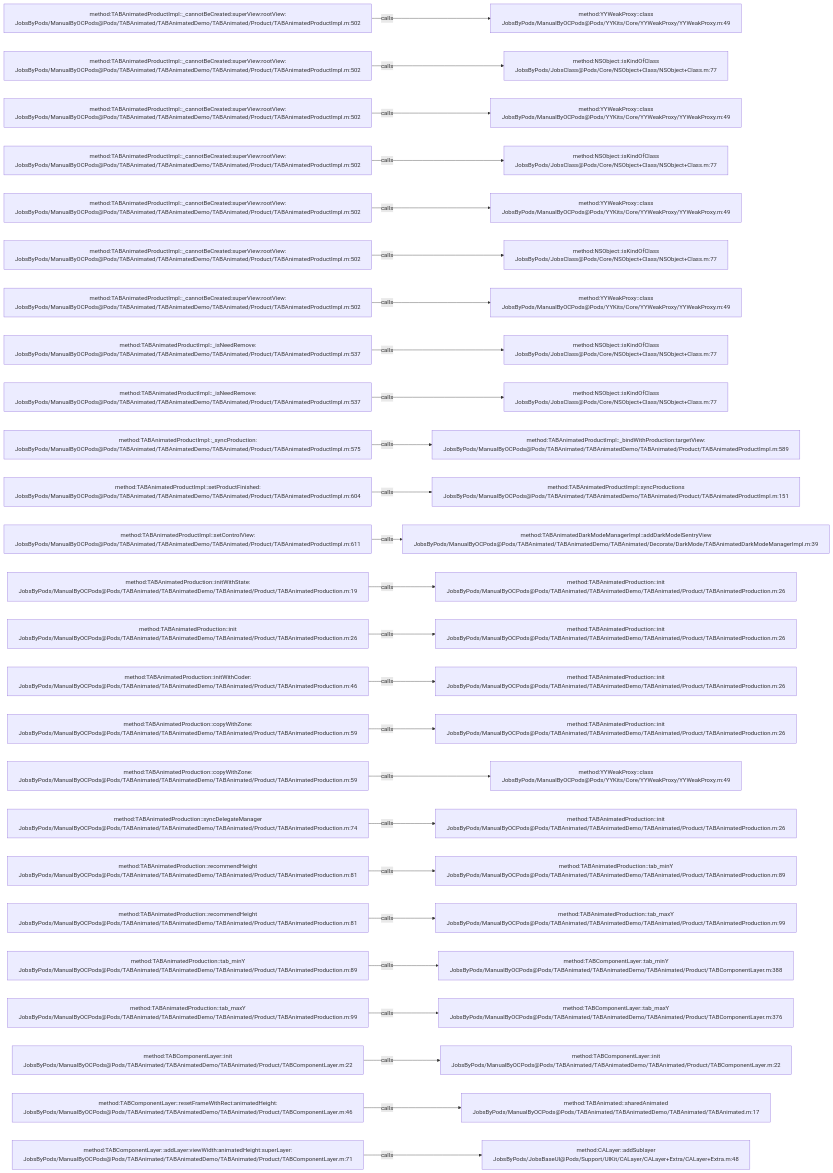
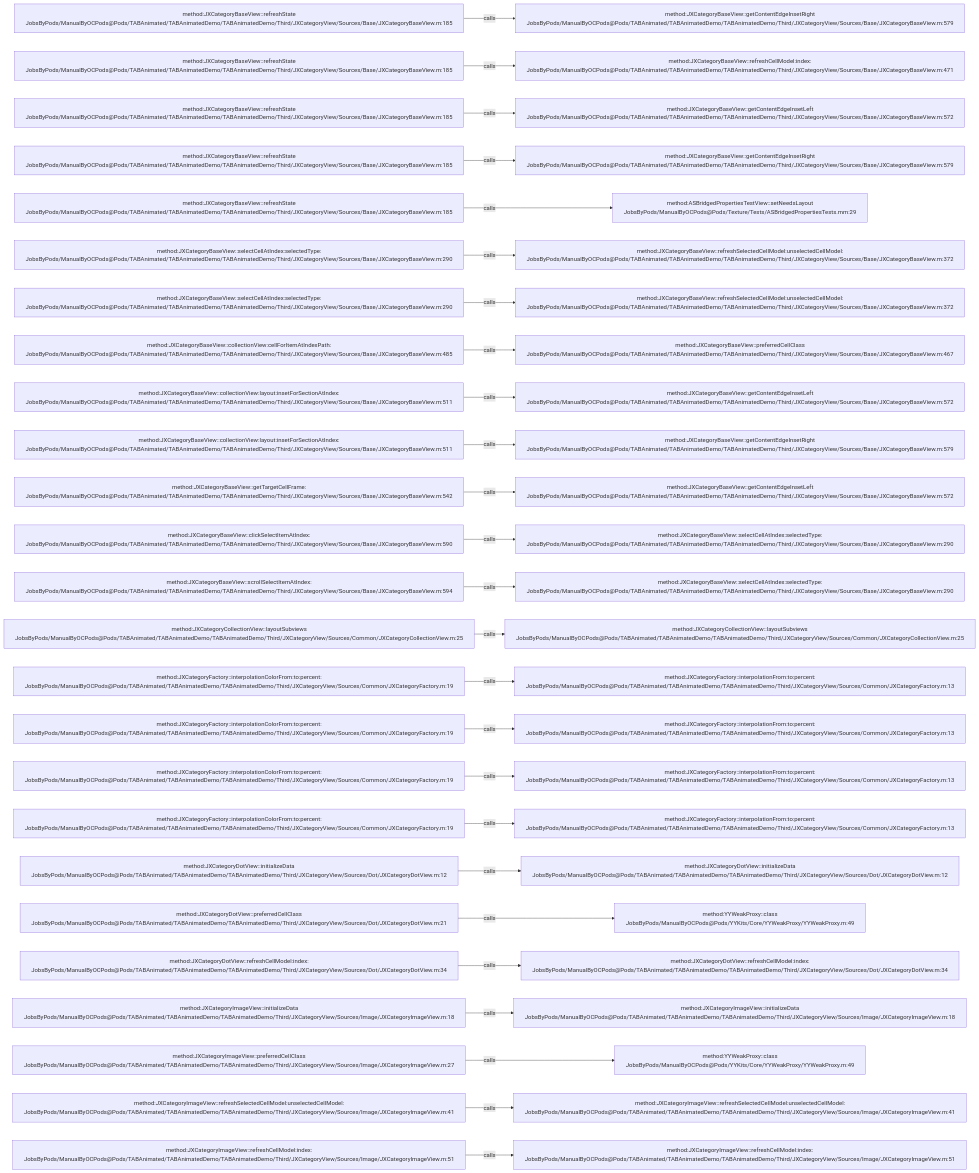
Before and after one commit to JobsKits/JobsOCBaseConfigDemo: the diagram in .codegraph/codegraph.md/graphs/calls-029.md, drawn with Mermaid. The commit also changed 2723 other files, not shown here.

````diff
--- a/.codegraph/codegraph.md/graphs/calls-029.md
+++ b/.codegraph/codegraph.md/graphs/calls-029.md
@@ -13,78 +13,78 @@
 ```mermaid
 flowchart LR
-  S1["method:TABAnimatedProductImpl::_cannotBeCreated:superView:rootView:<br/>JobsByPods/ManualByOCPods@Pods/TABAnimated/TABAnimatedDemo/TABAnimated/Product/TABAnimatedProductImpl.m:502"]
-  T1["method:YYWeakProxy::class<br/>JobsByPods/ManualByOCPods@Pods/YYKits/Core/YYWeakProxy/YYWeakProxy.m:49"]
+  S1["method:JXCategoryBaseView::refreshState<br/>JobsByPods/ManualByOCPods@Pods/TABAnimated/TABAnimatedDemo/TABAnimatedDemo/Third/JXCategoryView/Sources/Base/JXCategoryBaseView.m:185"]
+  T1["method:JXCategoryBaseView::getContentEdgeInsetRight<br/>JobsByPods/ManualByOCPods@Pods/TABAnimated/TABAnimatedDemo/TABAnimatedDemo/Third/JXCategoryView/Sources/Base/JXCategoryBaseView.m:579"]
   S1 -->|calls| T1
-  S2["method:TABAnimatedProductImpl::_cannotBeCreated:superView:rootView:<br/>JobsByPods/ManualByOCPods@Pods/TABAnimated/TABAnimatedDemo/TABAnimated/Product/TABAnimatedProductImpl.m:502"]
-  T2["method:NSObject::isKindOfClass<br/>JobsByPods/JobsClass@Pods/Core/NSObject+Class/NSObject+Class.m:77"]
+  S2["method:JXCategoryBaseView::refreshState<br/>JobsByPods/ManualByOCPods@Pods/TABAnimated/TABAnimatedDemo/TABAnimatedDemo/Third/JXCategoryView/Sources/Base/JXCategoryBaseView.m:185"]
+  T2["method:JXCategoryBaseView::refreshCellModel:index:<br/>JobsByPods/ManualByOCPods@Pods/TABAnimated/TABAnimatedDemo/TABAnimatedDemo/Third/JXCategoryView/Sources/Base/JXCategoryBaseView.m:471"]
   S2 -->|calls| T2
-  S3["method:TABAnimatedProductImpl::_cannotBeCreated:superView:rootView:<br/>JobsByPods/ManualByOCPods@Pods/TABAnimated/TABAnimatedDemo/TABAnimated/Product/TABAnimatedProductImpl.m:502"]
-  T3["method:YYWeakProxy::class<br/>JobsByPods/ManualByOCPods@Pods/YYKits/Core/YYWeakProxy/YYWeakProxy.m:49"]
+  S3["method:JXCategoryBaseView::refreshState<br/>JobsByPods/ManualByOCPods@Pods/TABAnimated/TABAnimatedDemo/TABAnimatedDemo/Third/JXCategoryView/Sources/Base/JXCategoryBaseView.m:185"]
+  T3["method:JXCategoryBaseView::getContentEdgeInsetLeft<br/>JobsByPods/ManualByOCPods@Pods/TABAnimated/TABAnimatedDemo/TABAnimatedDemo/Third/JXCategoryView/Sources/Base/JXCategoryBaseView.m:572"]
   S3 -->|calls| T3
-  S4["method:TABAnimatedProductImpl::_cannotBeCreated:superView:rootView:<br/>JobsByPods/ManualByOCPods@Pods/TABAnimated/TABAnimatedDemo/TABAnimated/Product/TABAnimatedProductImpl.m:502"]
-  T4["method:NSObject::isKindOfClass<br/>JobsByPods/JobsClass@Pods/Core/NSObject+Class/NSObject+Class.m:77"]
+  S4["method:JXCategoryBaseView::refreshState<br/>JobsByPods/ManualByOCPods@Pods/TABAnimated/TABAnimatedDemo/TABAnimatedDemo/Third/JXCategoryView/Sources/Base/JXCategoryBaseView.m:185"]
+  T4["method:JXCategoryBaseView::getContentEdgeInsetRight<br/>JobsByPods/ManualByOCPods@Pods/TABAnimated/TABAnimatedDemo/TABAnimatedDemo/Third/JXCategoryView/Sources/Base/JXCategoryBaseView.m:579"]
   S4 -->|calls| T4
-  S5["method:TABAnimatedProductImpl::_cannotBeCreated:superView:rootView:<br/>JobsByPods/ManualByOCPods@Pods/TABAnimated/TABAnimatedDemo/TABAnimated/Product/TABAnimatedProductImpl.m:502"]
-  T5["method:YYWeakProxy::class<br/>JobsByPods/ManualByOCPods@Pods/YYKits/Core/YYWeakProxy/YYWeakProxy.m:49"]
+  S5["method:JXCategoryBaseView::refreshState<br/>JobsByPods/ManualByOCPods@Pods/TABAnimated/TABAnimatedDemo/TABAnimatedDemo/Third/JXCategoryView/Sources/Base/JXCategoryBaseView.m:185"]
+  T5["method:ASBridgedPropertiesTestView::setNeedsLayout<br/>JobsByPods/ManualByOCPods@Pods/Texture/Tests/ASBridgedPropertiesTests.mm:29"]
   S5 -->|calls| T5
-  S6["method:TABAnimatedProductImpl::_cannotBeCreated:superView:rootView:<br/>JobsByPods/ManualByOCPods@Pods/TABAnimated/TABAnimatedDemo/TABAnimated/Product/TABAnimatedProductImpl.m:502"]
-  T6["method:NSObject::isKindOfClass<br/>JobsByPods/JobsClass@Pods/Core/NSObject+Class/NSObject+Class.m:77"]
+  S6["method:JXCategoryBaseView::selectCellAtIndex:selectedType:<br/>JobsByPods/ManualByOCPods@Pods/TABAnimated/TABAnimatedDemo/TABAnimatedDemo/Third/JXCategoryView/Sources/Base/JXCategoryBaseView.m:290"]
+  T6["method:JXCategoryBaseView::refreshSelectedCellModel:unselectedCellModel:<br/>JobsByPods/ManualByOCPods@Pods/TABAnimated/TABAnimatedDemo/TABAnimatedDemo/Third/JXCategoryView/Sources/Base/JXCategoryBaseView.m:372"]
   S6 -->|calls| T6
-  S7["method:TABAnimatedProductImpl::_cannotBeCreated:superView:rootView:<br/>JobsByPods/ManualByOCPods@Pods/TABAnimated/TABAnimatedDemo/TABAnimated/Product/TABAnimatedProductImpl.m:502"]
-  T7["method:YYWeakProxy::class<br/>JobsByPods/ManualByOCPods@Pods/YYKits/Core/YYWeakProxy/YYWeakProxy.m:49"]
+  S7["method:JXCategoryBaseView::selectCellAtIndex:selectedType:<br/>JobsByPods/ManualByOCPods@Pods/TABAnimated/TABAnimatedDemo/TABAnimatedDemo/Third/JXCategoryView/Sources/Base/JXCategoryBaseView.m:290"]
+  T7["method:JXCategoryBaseView::refreshSelectedCellModel:unselectedCellModel:<br/>JobsByPods/ManualByOCPods@Pods/TABAnimated/TABAnimatedDemo/TABAnimatedDemo/Third/JXCategoryView/Sources/Base/JXCategoryBaseView.m:372"]
   S7 -->|calls| T7
-  S8["method:TABAnimatedProductImpl::_isNeedRemove:<br/>JobsByPods/ManualByOCPods@Pods/TABAnimated/TABAnimatedDemo/TABAnimated/Product/TABAnimatedProductImpl.m:537"]
-  T8["method:NSObject::isKindOfClass<br/>JobsByPods/JobsClass@Pods/Core/NSObject+Class/NSObject+Class.m:77"]
+  S8["method:JXCategoryBaseView::collectionView:cellForItemAtIndexPath:<br/>JobsByPods/ManualByOCPods@Pods/TABAnimated/TABAnimatedDemo/TABAnimatedDemo/Third/JXCategoryView/Sources/Base/JXCategoryBaseView.m:485"]
+  T8["method:JXCategoryBaseView::preferredCellClass<br/>JobsByPods/ManualByOCPods@Pods/TABAnimated/TABAnimatedDemo/TABAnimatedDemo/Third/JXCategoryView/Sources/Base/JXCategoryBaseView.m:467"]
   S8 -->|calls| T8
-  S9["method:TABAnimatedProductImpl::_isNeedRemove:<br/>JobsByPods/ManualByOCPods@Pods/TABAnimated/TABAnimatedDemo/TABAnimated/Product/TABAnimatedProductImpl.m:537"]
-  T9["method:NSObject::isKindOfClass<br/>JobsByPods/JobsClass@Pods/Core/NSObject+Class/NSObject+Class.m:77"]
+  S9["method:JXCategoryBaseView::collectionView:layout:insetForSectionAtIndex:<br/>JobsByPods/ManualByOCPods@Pods/TABAnimated/TABAnimatedDemo/TABAnimatedDemo/Third/JXCategoryView/Sources/Base/JXCategoryBaseView.m:511"]
+  T9["method:JXCategoryBaseView::getContentEdgeInsetLeft<br/>JobsByPods/ManualByOCPods@Pods/TABAnimated/TABAnimatedDemo/TABAnimatedDemo/Third/JXCategoryView/Sources/Base/JXCategoryBaseView.m:572"]
   S9 -->|calls| T9
-  S10["method:TABAnimatedProductImpl::_syncProduction:<br/>JobsByPods/ManualByOCPods@Pods/TABAnimated/TABAnimatedDemo/TABAnimated/Product/TABAnimatedProductImpl.m:575"]
-  T10["method:TABAnimatedProductImpl::_bindWithProduction:targetView:<br/>JobsByPods/ManualByOCPods@Pods/TABAnimated/TABAnimatedDemo/TABAnimated/Product/TABAnimatedProductImpl.m:589"]
+  S10["method:JXCategoryBaseView::collectionView:layout:insetForSectionAtIndex:<br/>JobsByPods/ManualByOCPods@Pods/TABAnimated/TABAnimatedDemo/TABAnimatedDemo/Third/JXCategoryView/Sources/Base/JXCategoryBaseView.m:511"]
+  T10["method:JXCategoryBaseView::getContentEdgeInsetRight<br/>JobsByPods/ManualByOCPods@Pods/TABAnimated/TABAnimatedDemo/TABAnimatedDemo/Third/JXCategoryView/Sources/Base/JXCategoryBaseView.m:579"]
   S10 -->|calls| T10
-  S11["method:TABAnimatedProductImpl::setProductFinished:<br/>JobsByPods/ManualByOCPods@Pods/TABAnimated/TABAnimatedDemo/TABAnimated/Product/TABAnimatedProductImpl.m:604"]
-  T11["method:TABAnimatedProductImpl::syncProductions<br/>JobsByPods/ManualByOCPods@Pods/TABAnimated/TABAnimatedDemo/TABAnimated/Product/TABAnimatedProductImpl.m:151"]
+  S11["method:JXCategoryBaseView::getTargetCellFrame:<br/>JobsByPods/ManualByOCPods@Pods/TABAnimated/TABAnimatedDemo/TABAnimatedDemo/Third/JXCategoryView/Sources/Base/JXCategoryBaseView.m:542"]
+  T11["method:JXCategoryBaseView::getContentEdgeInsetLeft<br/>JobsByPods/ManualByOCPods@Pods/TABAnimated/TABAnimatedDemo/TABAnimatedDemo/Third/JXCategoryView/Sources/Base/JXCategoryBaseView.m:572"]
   S11 -->|calls| T11
-  S12["method:TABAnimatedProductImpl::setControlView:<br/>JobsByPods/ManualByOCPods@Pods/TABAnimated/TABAnimatedDemo/TABAnimated/Product/TABAnimatedProductImpl.m:611"]
-  T12["method:TABAnimatedDarkModeManagerImpl::addDarkModelSentryView<br/>JobsByPods/ManualByOCPods@Pods/TABAnimated/TABAnimatedDemo/TABAnimated/Decorate/DarkMode/TABAnimatedDarkModeManagerImpl.m:39"]
+  S12["method:JXCategoryBaseView::clickSelectItemAtIndex:<br/>JobsByPods/ManualByOCPods@Pods/TABAnimated/TABAnimatedDemo/TABAnimatedDemo/Third/JXCategoryView/Sources/Base/JXCategoryBaseView.m:590"]
+  T12["method:JXCategoryBaseView::selectCellAtIndex:selectedType:<br/>JobsByPods/ManualByOCPods@Pods/TABAnimated/TABAnimatedDemo/TABAnimatedDemo/Third/JXCategoryView/Sources/Base/JXCategoryBaseView.m:290"]
   S12 -->|calls| T12
-  S13["method:TABAnimatedProduction::initWithState:<br/>JobsByPods/ManualByOCPods@Pods/TABAnimated/TABAnimatedDemo/TABAnimated/Product/TABAnimatedProduction.m:19"]
-  T13["method:TABAnimatedProduction::init<br/>JobsByPods/ManualByOCPods@Pods/TABAnimated/TABAnimatedDemo/TABAnimated/Product/TABAnimatedProduction.m:26"]
+  S13["method:JXCategoryBaseView::scrollSelectItemAtIndex:<br/>JobsByPods/ManualByOCPods@Pods/TABAnimated/TABAnimatedDemo/TABAnimatedDemo/Third/JXCategoryView/Sources/Base/JXCategoryBaseView.m:594"]
+  T13["method:JXCategoryBaseView::selectCellAtIndex:selectedType:<br/>JobsByPods/ManualByOCPods@Pods/TABAnimated/TABAnimatedDemo/TABAnimatedDemo/Third/JXCategoryView/Sources/Base/JXCategoryBaseView.m:290"]
   S13 -->|calls| T13
-  S14["method:TABAnimatedProduction::init<br/>JobsByPods/ManualByOCPods@Pods/TABAnimated/TABAnimatedDemo/TABAnimated/Product/TABAnimatedProduction.m:26"]
-  T14["method:TABAnimatedProduction::init<br/>JobsByPods/ManualByOCPods@Pods/TABAnimated/TABAnimatedDemo/TABAnimated/Product/TABAnimatedProduction.m:26"]
+  S14["method:JXCategoryCollectionView::layoutSubviews<br/>JobsByPods/ManualByOCPods@Pods/TABAnimated/TABAnimatedDemo/TABAnimatedDemo/Third/JXCategoryView/Sources/Common/JXCategoryCollectionView.m:25"]
+  T14["method:JXCategoryCollectionView::layoutSubviews<br/>JobsByPods/ManualByOCPods@Pods/TABAnimated/TABAnimatedDemo/TABAnimatedDemo/Third/JXCategoryView/Sources/Common/JXCategoryCollectionView.m:25"]
   S14 -->|calls| T14
-  S15["method:TABAnimatedProduction::initWithCoder:<br/>JobsByPods/ManualByOCPods@Pods/TABAnimated/TABAnimatedDemo/TABAnimated/Product/TABAnimatedProduction.m:46"]
-  T15["method:TABAnimatedProduction::init<br/>JobsByPods/ManualByOCPods@Pods/TABAnimated/TABAnimatedDemo/TABAnimated/Product/TABAnimatedProduction.m:26"]
+  S15["method:JXCategoryFactory::interpolationColorFrom:to:percent:<br/>JobsByPods/ManualByOCPods@Pods/TABAnimated/TABAnimatedDemo/TABAnimatedDemo/Third/JXCategoryView/Sources/Common/JXCategoryFactory.m:19"]
+  T15["method:JXCategoryFactory::interpolationFrom:to:percent:<br/>JobsByPods/ManualByOCPods@Pods/TABAnimated/TABAnimatedDemo/TABAnimatedDemo/Third/JXCategoryView/Sources/Common/JXCategoryFactory.m:13"]
   S15 -->|calls| T15
-  S16["method:TABAnimatedProduction::copyWithZone:<br/>JobsByPods/ManualByOCPods@Pods/TABAnimated/TABAnimatedDemo/TABAnimated/Product/TABAnimatedProduction.m:59"]
-  T16["method:TABAnimatedProduction::init<br/>JobsByPods/ManualByOCPods@Pods/TABAnimated/TABAnimatedDemo/TABAnimated/Product/TABAnimatedProduction.m:26"]
+  S16["method:JXCategoryFactory::interpolationColorFrom:to:percent:<br/>JobsByPods/ManualByOCPods@Pods/TABAnimated/TABAnimatedDemo/TABAnimatedDemo/Third/JXCategoryView/Sources/Common/JXCategoryFactory.m:19"]
+  T16["method:JXCategoryFactory::interpolationFrom:to:percent:<br/>JobsByPods/ManualByOCPods@Pods/TABAnimated/TABAnimatedDemo/TABAnimatedDemo/Third/JXCategoryView/Sources/Common/JXCategoryFactory.m:13"]
   S16 -->|calls| T16
-  S17["method:TABAnimatedProduction::copyWithZone:<br/>JobsByPods/ManualByOCPods@Pods/TABAnimated/TABAnimatedDemo/TABAnimated/Product/TABAnimatedProduction.m:59"]
-  T17["method:YYWeakProxy::class<br/>JobsByPods/ManualByOCPods@Pods/YYKits/Core/YYWeakProxy/YYWeakProxy.m:49"]
+  S17["method:JXCategoryFactory::interpolationColorFrom:to:percent:<br/>JobsByPods/ManualByOCPods@Pods/TABAnimated/TABAnimatedDemo/TABAnimatedDemo/Third/JXCategoryView/Sources/Common/JXCategoryFactory.m:19"]
+  T17["method:JXCategoryFactory::interpolationFrom:to:percent:<br/>JobsByPods/ManualByOCPods@Pods/TABAnimated/TABAnimatedDemo/TABAnimatedDemo/Third/JXCategoryView/Sources/Common/JXCategoryFactory.m:13"]
   S17 -->|calls| T17
-  S18["method:TABAnimatedProduction::syncDelegateManager<br/>JobsByPods/ManualByOCPods@Pods/TABAnimated/TABAnimatedDemo/TABAnimated/Product/TABAnimatedProduction.m:74"]
-  T18["method:TABAnimatedProduction::init<br/>JobsByPods/ManualByOCPods@Pods/TABAnimated/TABAnimatedDemo/TABAnimated/Product/TABAnimatedProduction.m:26"]
+  S18["method:JXCategoryFactory::interpolationColorFrom:to:percent:<br/>JobsByPods/ManualByOCPods@Pods/TABAnimated/TABAnimatedDemo/TABAnimatedDemo/Third/JXCategoryView/Sources/Common/JXCategoryFactory.m:19"]
+  T18["method:JXCategoryFactory::interpolationFrom:to:percent:<br/>JobsByPods/ManualByOCPods@Pods/TABAnimated/TABAnimatedDemo/TABAnimatedDemo/Third/JXCategoryView/Sources/Common/JXCategoryFactory.m:13"]
   S18 -->|calls| T18
-  S19["method:TABAnimatedProduction::recommendHeight<br/>JobsByPods/ManualByOCPods@Pods/TABAnimated/TABAnimatedDemo/TABAnimated/Product/TABAnimatedProduction.m:81"]
-  T19["method:TABAnimatedProduction::tab_minY<br/>JobsByPods/ManualByOCPods@Pods/TABAnimated/TABAnimatedDemo/TABAnimated/Product/TABAnimatedProduction.m:89"]
+  S19["method:JXCategoryDotView::initializeData<br/>JobsByPods/ManualByOCPods@Pods/TABAnimated/TABAnimatedDemo/TABAnimatedDemo/Third/JXCategoryView/Sources/Dot/JXCategoryDotView.m:12"]
+  T19["method:JXCategoryDotView::initializeData<br/>JobsByPods/ManualByOCPods@Pods/TABAnimated/TABAnimatedDemo/TABAnimatedDemo/Third/JXCategoryView/Sources/Dot/JXCategoryDotView.m:12"]
   S19 -->|calls| T19
-  S20["method:TABAnimatedProduction::recommendHeight<br/>JobsByPods/ManualByOCPods@Pods/TABAnimated/TABAnimatedDemo/TABAnimated/Product/TABAnimatedProduction.m:81"]
-  T20["method:TABAnimatedProduction::tab_maxY<br/>JobsByPods/ManualByOCPods@Pods/TABAnimated/TABAnimatedDemo/TABAnimated/Product/TABAnimatedProduction.m:99"]
+  S20["method:JXCategoryDotView::preferredCellClass<br/>JobsByPods/ManualByOCPods@Pods/TABAnimated/TABAnimatedDemo/TABAnimatedDemo/Third/JXCategoryView/Sources/Dot/JXCategoryDotView.m:21"]
+  T20["method:YYWeakProxy::class<br/>JobsByPods/ManualByOCPods@Pods/YYKits/Core/YYWeakProxy/YYWeakProxy.m:49"]
   S20 -->|calls| T20
-  S21["method:TABAnimatedProduction::tab_minY<br/>JobsByPods/ManualByOCPods@Pods/TABAnimated/TABAnimatedDemo/TABAnimated/Product/TABAnimatedProduction.m:89"]
-  T21["method:TABComponentLayer::tab_minY<br/>JobsByPods/ManualByOCPods@Pods/TABAnimated/TABAnimatedDemo/TABAnimated/Product/TABComponentLayer.m:388"]
+  S21["method:JXCategoryDotView::refreshCellModel:index:<br/>JobsByPods/ManualByOCPods@Pods/TABAnimated/TABAnimatedDemo/TABAnimatedDemo/Third/JXCategoryView/Sources/Dot/JXCategoryDotView.m:34"]
+  T21["method:JXCategoryDotView::refreshCellModel:index:<br/>JobsByPods/ManualByOCPods@Pods/TABAnimated/TABAnimatedDemo/TABAnimatedDemo/Third/JXCategoryView/Sources/Dot/JXCategoryDotView.m:34"]
   S21 -->|calls| T21
-  S22["method:TABAnimatedProduction::tab_maxY<br/>JobsByPods/ManualByOCPods@Pods/TABAnimated/TABAnimatedDemo/TABAnimated/Product/TABAnimatedProduction.m:99"]
-  T22["method:TABComponentLayer::tab_maxY<br/>JobsByPods/ManualByOCPods@Pods/TABAnimated/TABAnimatedDemo/TABAnimated/Product/TABComponentLayer.m:376"]
+  S22["method:JXCategoryImageView::initializeData<br/>JobsByPods/ManualByOCPods@Pods/TABAnimated/TABAnimatedDemo/TABAnimatedDemo/Third/JXCategoryView/Sources/Image/JXCategoryImageView.m:18"]
+  T22["method:JXCategoryImageView::initializeData<br/>JobsByPods/ManualByOCPods@Pods/TABAnimated/TABAnimatedDemo/TABAnimatedDemo/Third/JXCategoryView/Sources/Image/JXCategoryImageView.m:18"]
   S22 -->|calls| T22
-  S23["method:TABComponentLayer::init<br/>JobsByPods/ManualByOCPods@Pods/TABAnimated/TABAnimatedDemo/TABAnimated/Product/TABComponentLayer.m:22"]
-  T23["method:TABComponentLayer::init<br/>JobsByPods/ManualByOCPods@Pods/TABAnimated/TABAnimatedDemo/TABAnimated/Product/TABComponentLayer.m:22"]
+  S23["method:JXCategoryImageView::preferredCellClass<br/>JobsByPods/ManualByOCPods@Pods/TABAnimated/TABAnimatedDemo/TABAnimatedDemo/Third/JXCategoryView/Sources/Image/JXCategoryImageView.m:27"]
+  T23["method:YYWeakProxy::class<br/>JobsByPods/ManualByOCPods@Pods/YYKits/Core/YYWeakProxy/YYWeakProxy.m:49"]
   S23 -->|calls| T23
-  S24["method:TABComponentLayer::resetFrameWithRect:animatedHeight:<br/>JobsByPods/ManualByOCPods@Pods/TABAnimated/TABAnimatedDemo/TABAnimated/Product/TABComponentLayer.m:46"]
-  T24["method:TABAnimated::sharedAnimated<br/>JobsByPods/ManualByOCPods@Pods/TABAnimated/TABAnimatedDemo/TABAnimated/TABAnimated.m:17"]
+  S24["method:JXCategoryImageView::refreshSelectedCellModel:unselectedCellModel:<br/>JobsByPods/ManualByOCPods@Pods/TABAnimated/TABAnimatedDemo/TABAnimatedDemo/Third/JXCategoryView/Sources/Image/JXCategoryImageView.m:41"]
+  T24["method:JXCategoryImageView::refreshSelectedCellModel:unselectedCellModel:<br/>JobsByPods/ManualByOCPods@Pods/TABAnimated/TABAnimatedDemo/TABAnimatedDemo/Third/JXCategoryView/Sources/Image/JXCategoryImageView.m:41"]
   S24 -->|calls| T24
-  S25["method:TABComponentLayer::addLayer:viewWidth:animatedHeight:superLayer:<br/>JobsByPods/ManualByOCPods@Pods/TABAnimated/TABAnimatedDemo/TABAnimated/Product/TABComponentLayer.m:71"]
-  T25["method:CALayer::addSublayer<br/>JobsByPods/JobsBaseUI@Pods/Support/UIKit/CALayer/CALayer+Extra/CALayer+Extra.m:48"]
+  S25["method:JXCategoryImageView::refreshCellModel:index:<br/>JobsByPods/ManualByOCPods@Pods/TABAnimated/TABAnimatedDemo/TABAnimatedDemo/Third/JXCategoryView/Sources/Image/JXCategoryImageView.m:51"]
+  T25["method:JXCategoryImageView::refreshCellModel:index:<br/>JobsByPods/ManualByOCPods@Pods/TABAnimated/TABAnimatedDemo/TABAnimatedDemo/Third/JXCategoryView/Sources/Image/JXCategoryImageView.m:51"]
   S25 -->|calls| T25
 ```
````
